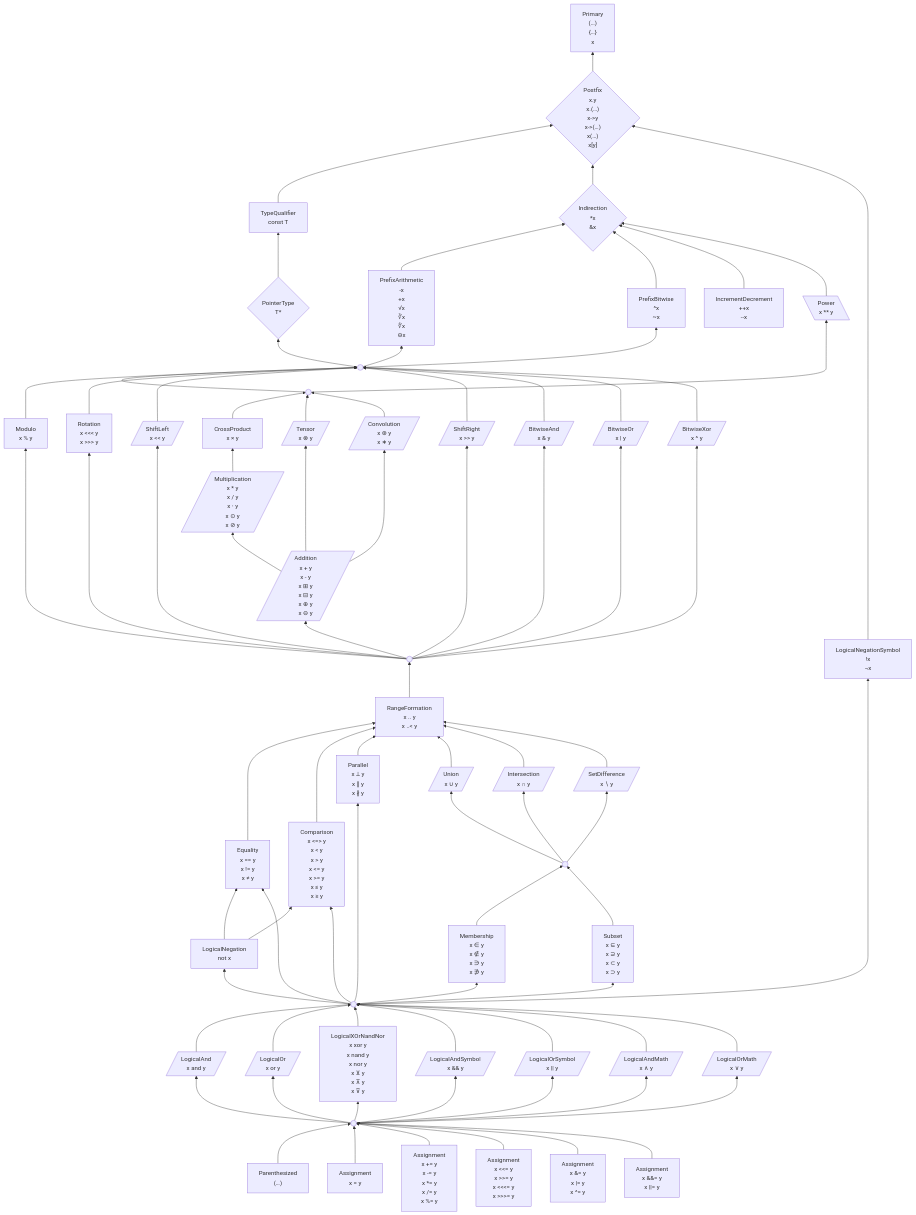
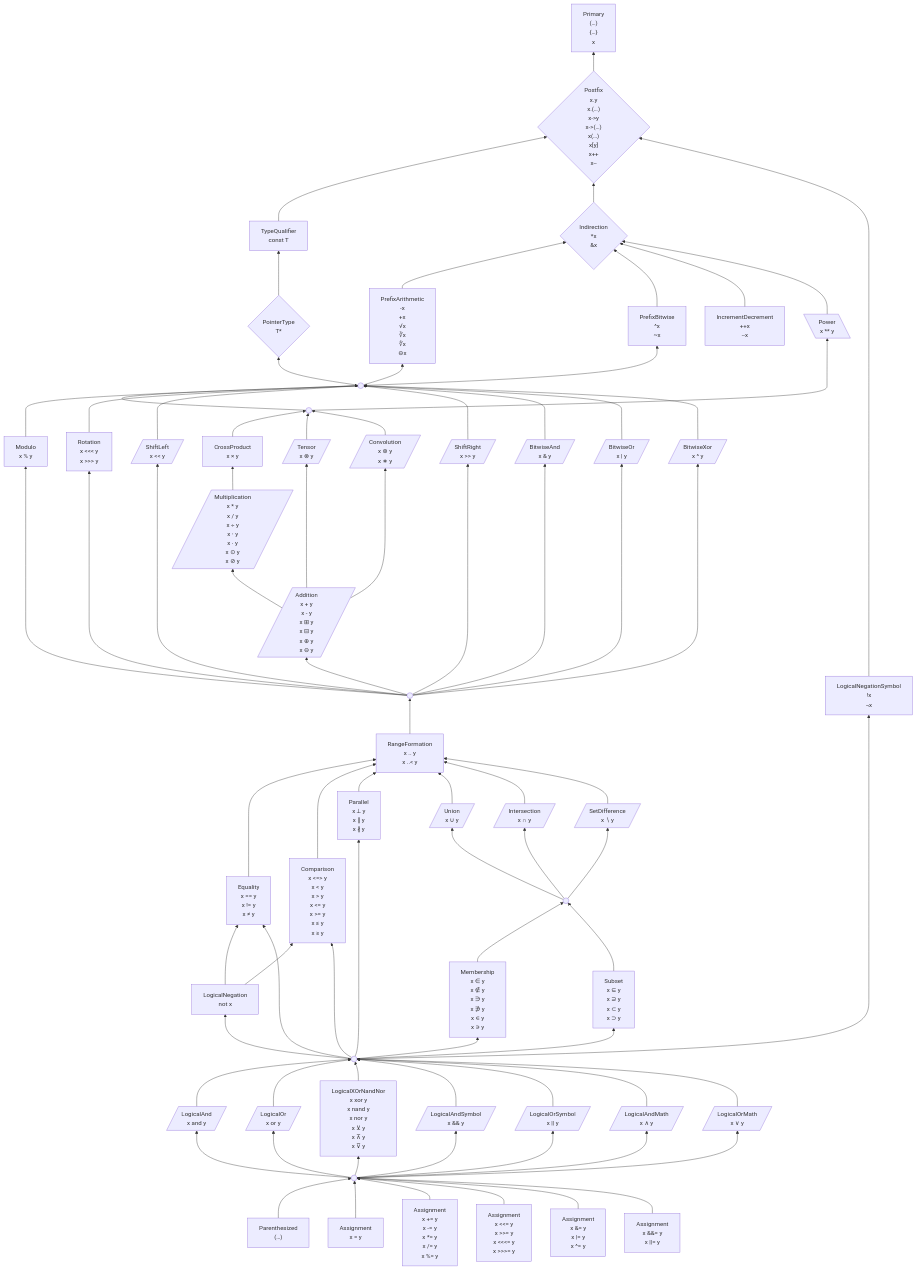
Before and after one commit to laro/Cilia: the first of 2 diagrams in 6 .../2 Unfinished Ideas.md, drawn with Mermaid. The commit also changed other lines of this file, not shown here.

```diff
--- a/6 .../2 Unfinished Ideas.md
+++ b/6 .../2 Unfinished Ideas.md
@@ -204,7 +204,9 @@
 x->y
 x->(…)
 x(…)
-x[y]"}
+x[y]
+x++
+x--"}
 
     qualifiedType --> suffixOps
     qualifiedType["TypeQualifier
@@ -254,7 +256,9 @@
     multiplication[/"Multiplication
 x * y
 x / y
+x ÷ y
 x ⋅ y
+x ∙ y
 x ⊙ y
 x ⊘ y"/]
 
@@ -336,7 +340,9 @@
 x ∈ y
 x ∉ y
 x ∋ y
-x ∌ y"]
+x ∌ y
+x ∊ y
+x ∍ y"]
     subset["Subset
 x ⊆ y
 x ⊇ y
```
